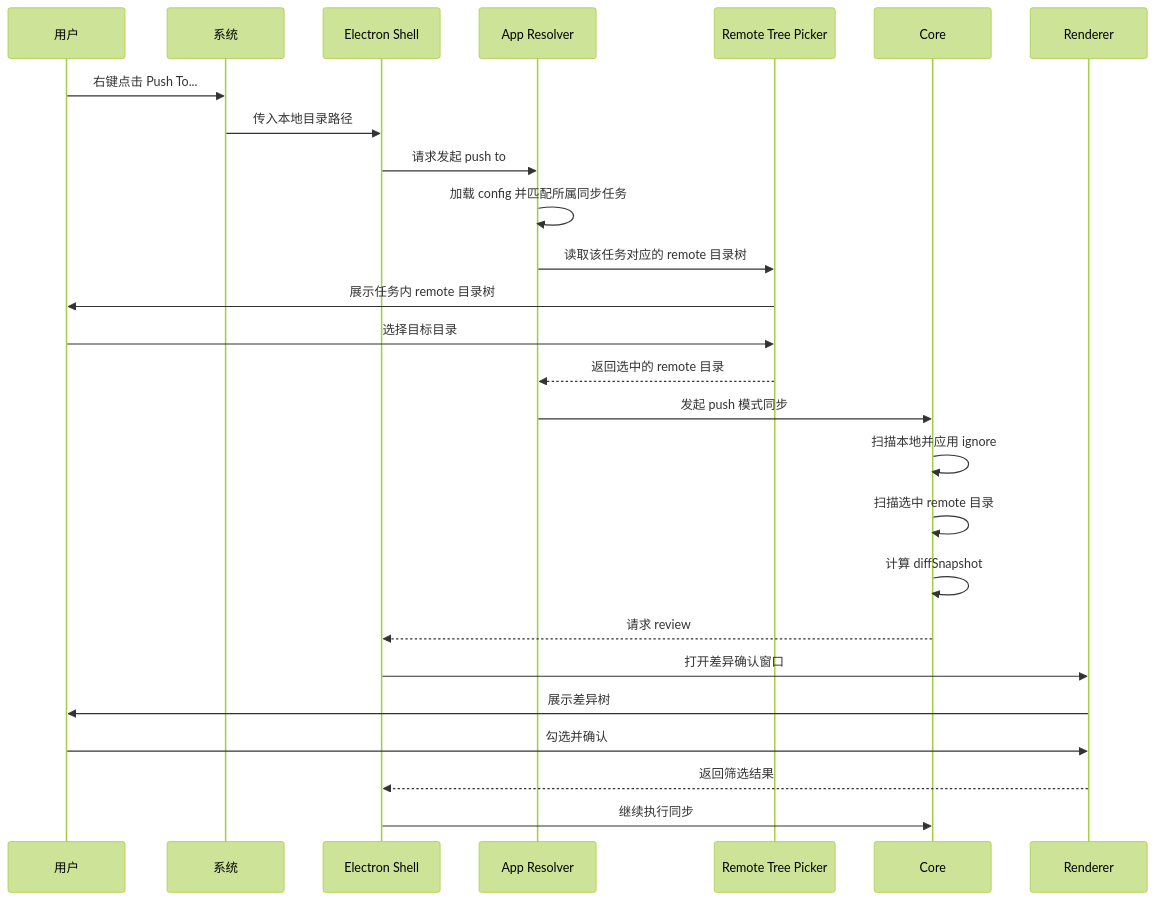
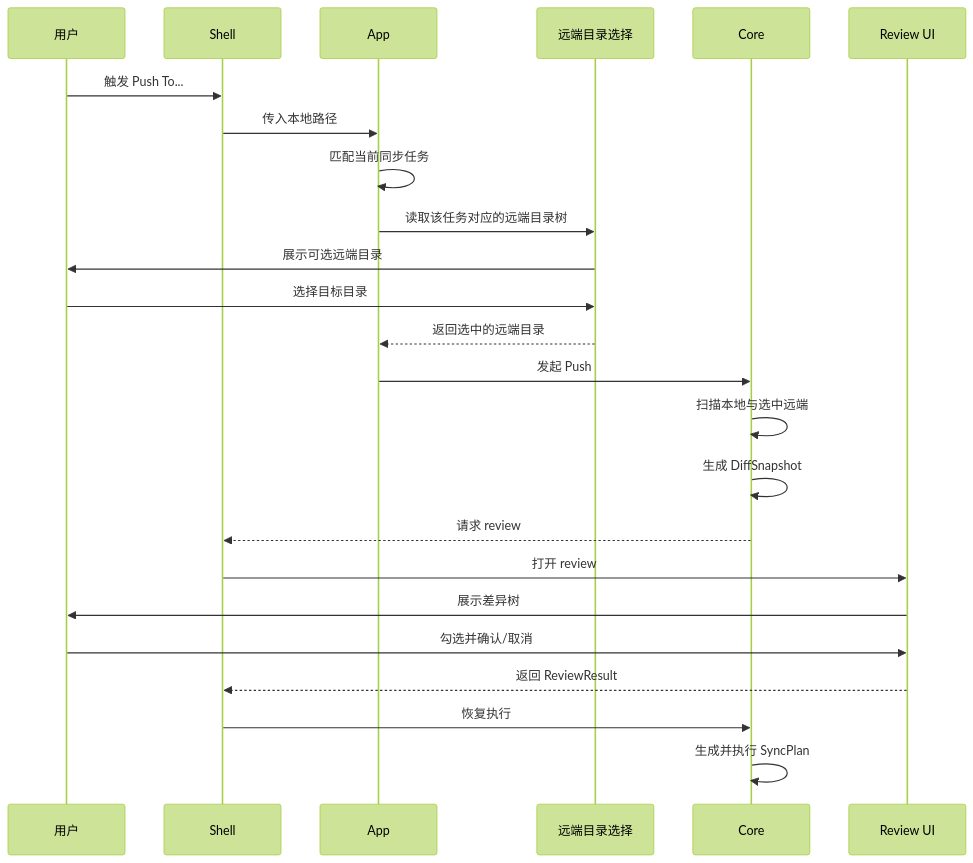
The sixth of 9 diagrams in docs/Flows.md (agalloch21/sync-with-rclone), drawn with Mermaid (forest theme) before and after one commit. The commit also changed other lines of this file and 4 other files, not shown here.

````diff
--- a/docs/Flows.md
+++ b/docs/Flows.md
@@ -176,29 +132,27 @@
 ```mermaid
 sequenceDiagram
   participant U as 用户
-  participant OS as 系统
-  participant M as Electron Shell
-  participant A as App Resolver
-  participant T as Remote Tree Picker
+  participant S as Shell
+  participant A as App
+  participant T as 远端目录选择
   participant C as Core
-  participant R as Renderer
+  participant R as Review UI
 
-  U->>OS: 右键点击 Push To...
-  OS->>M: 传入本地目录路径
-  M->>A: 请求发起 push to
-  A->>A: 加载 config 并匹配所属同步任务
-  A->>T: 读取该任务对应的 remote 目录树
-  T->>U: 展示任务内 remote 目录树
+  U->>S: 触发 Push To...
+  S->>A: 传入本地路径
+  A->>A: 匹配当前同步任务
+  A->>T: 读取该任务对应的远端目录树
+  T->>U: 展示可选远端目录
   U->>T: 选择目标目录
-  T-->>A: 返回选中的 remote 目录
-  A->>C: 发起 push 模式同步
-  C->>C: 扫描本地并应用 ignore
-  C->>C: 扫描选中 remote 目录
-  C->>C: 计算 diffSnapshot
-  C-->>M: 请求 review
-  M->>R: 打开差异确认窗口
+  T-->>A: 返回选中的远端目录
+  A->>C: 发起 Push
+  C->>C: 扫描本地与选中远端
+  C->>C: 生成 DiffSnapshot
+  C-->>S: 请求 review
+  S->>R: 打开 review
   R->>U: 展示差异树
-  U->>R: 勾选并确认
-  R-->>M: 返回筛选结果
-  M->>C: 继续执行同步
+  U->>R: 勾选并确认/取消
+  R-->>S: 返回 ReviewResult
+  S->>C: 恢复执行
+  C->>C: 生成并执行 SyncPlan
 ```
````
